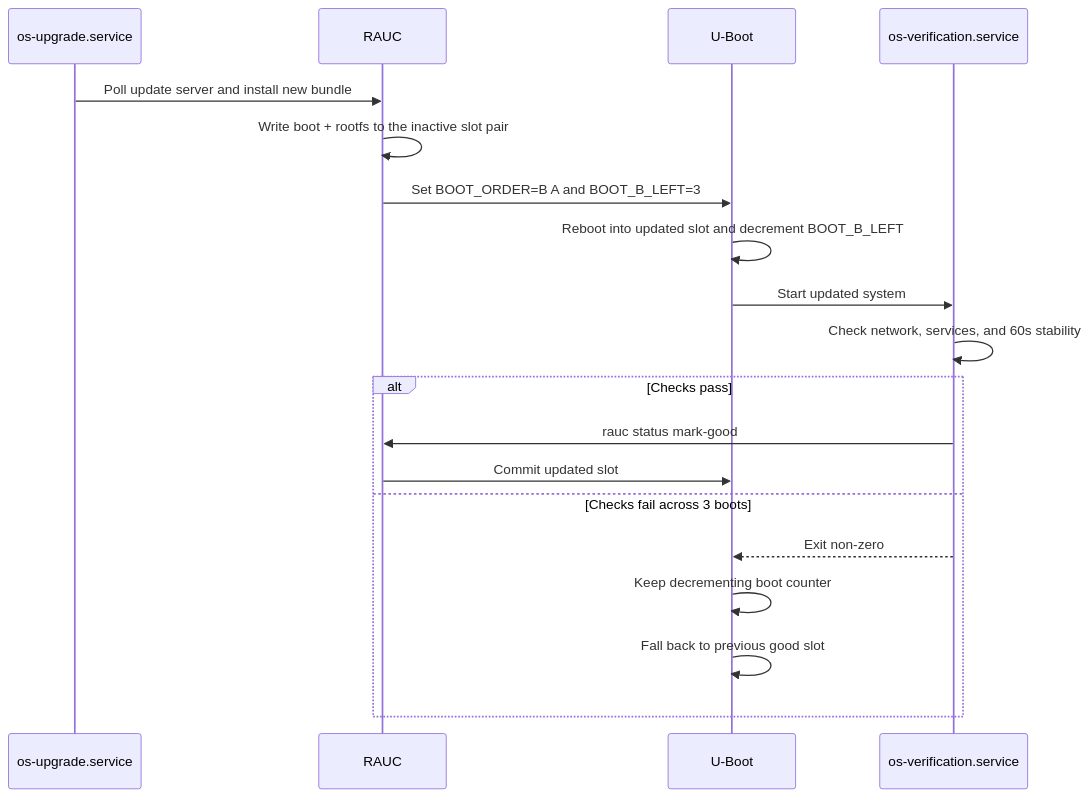
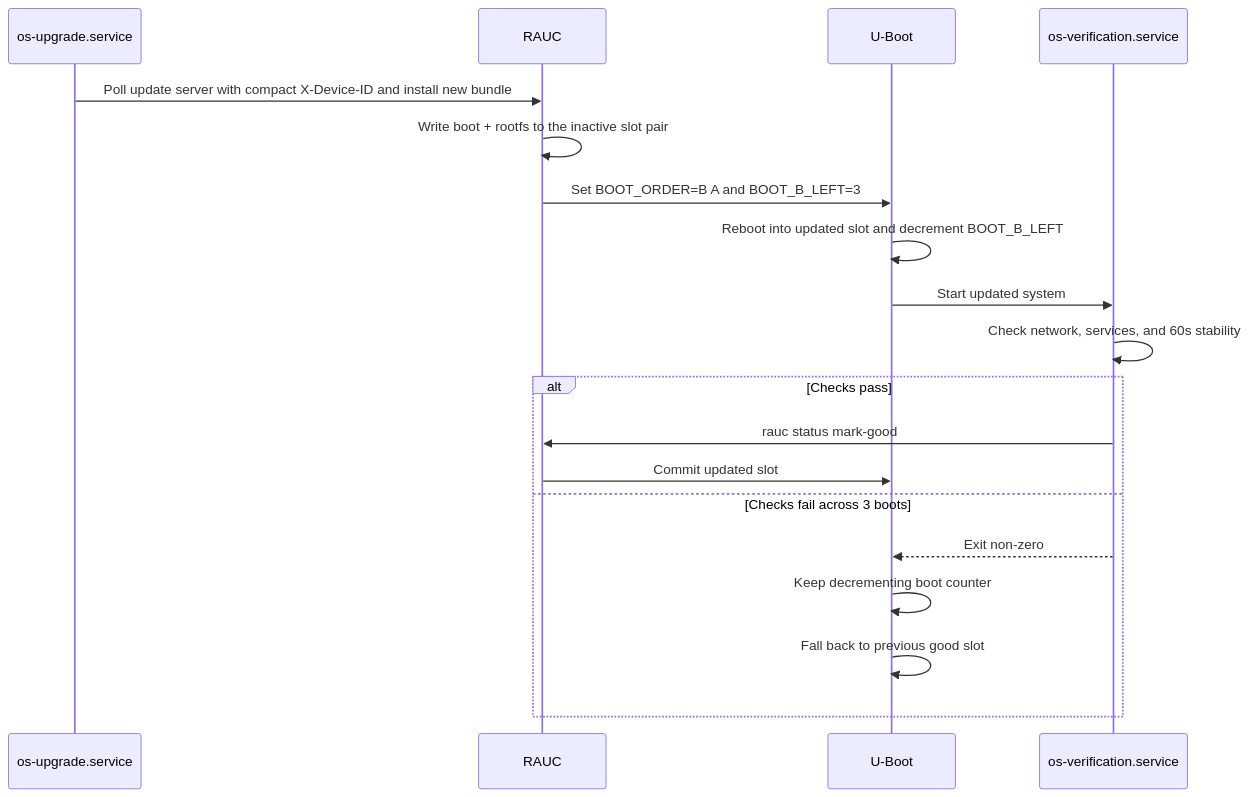
The diagram in docs/src/architecture/update-rollback.md (RobertDeRose/atomixos), drawn with Mermaid before and after one commit. The commit also changed other lines of this file and 4 other files, not shown here.

````diff
--- a/docs/src/architecture/update-rollback.md
+++ b/docs/src/architecture/update-rollback.md
@@ -8,22 +8,22 @@
 ```mermaid
 sequenceDiagram
     participant Upgrade as os-upgrade.service
     participant RAUC
     participant Boot as U-Boot
     participant Verify as os-verification.service
 
-    Upgrade->>RAUC: Poll update server and install new bundle
+    Upgrade->>RAUC: Poll update server with compact X-Device-ID and install new bundle
     RAUC->>RAUC: Write boot + rootfs to the inactive slot pair
     RAUC->>Boot: Set BOOT_ORDER=B A and BOOT_B_LEFT=3
     Boot->>Boot: Reboot into updated slot and decrement BOOT_B_LEFT
     Boot->>Verify: Start updated system
     Verify->>Verify: Check network, services, and 60s stability
     alt Checks pass
         Verify->>RAUC: rauc status mark-good
         RAUC->>Boot: Commit updated slot
     else Checks fail across 3 boots
         Verify-->>Boot: Exit non-zero
         Boot->>Boot: Keep decrementing boot counter
         Boot->>Boot: Fall back to previous good slot
     end
 ```
````
